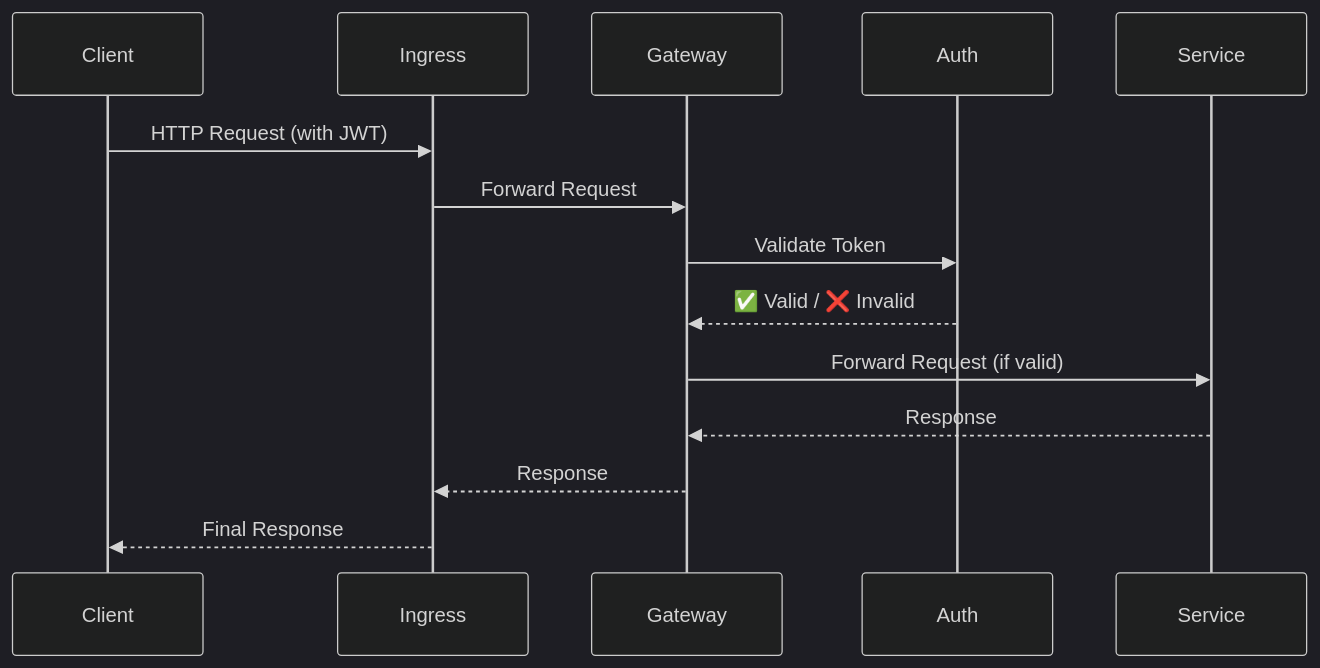
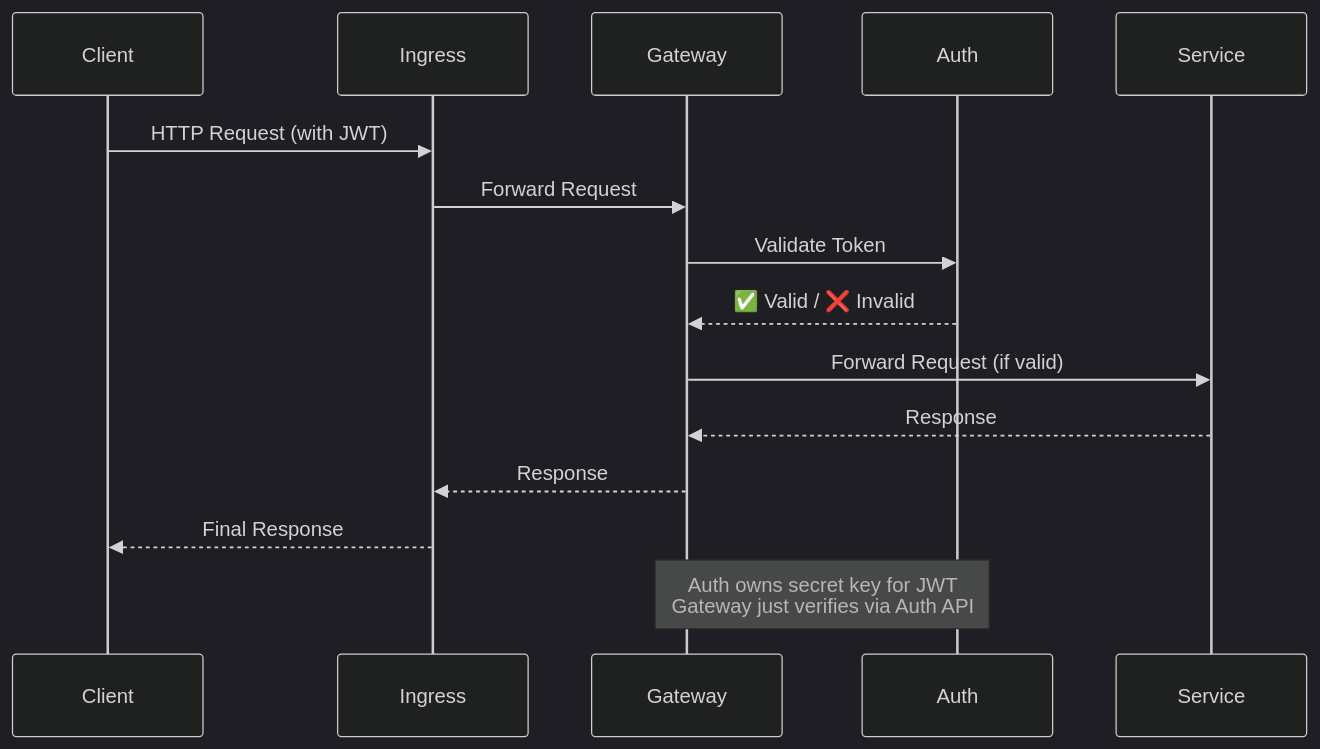
The second of 2 diagrams in README.md (AdilAbubacker/rentezy_frontend), drawn with Mermaid (dark theme) before and after one commit.

````diff
--- a/README.md
+++ b/README.md
@@ -285,17 +285,19 @@
 ```mermaid
 sequenceDiagram
     participant Client
     participant Ingress
     participant Gateway
     participant Auth
     participant Service
 
     Client->>Ingress: HTTP Request (with JWT)
     Ingress->>Gateway: Forward Request
     Gateway->>Auth: Validate Token
     Auth-->>Gateway: ✅ Valid / ❌ Invalid
     Gateway->>Service: Forward Request (if valid)
     Service-->>Gateway: Response
     Gateway-->>Ingress: Response
     Ingress-->>Client: Final Response
+
+    Note over Gateway,Auth: Auth owns secret key for JWT<br>Gateway just verifies via Auth API
 ```
````
